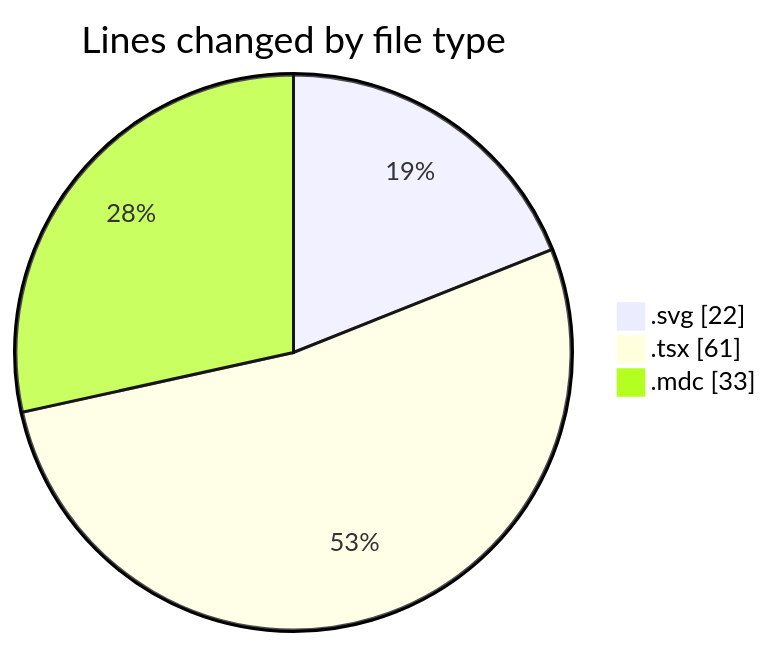
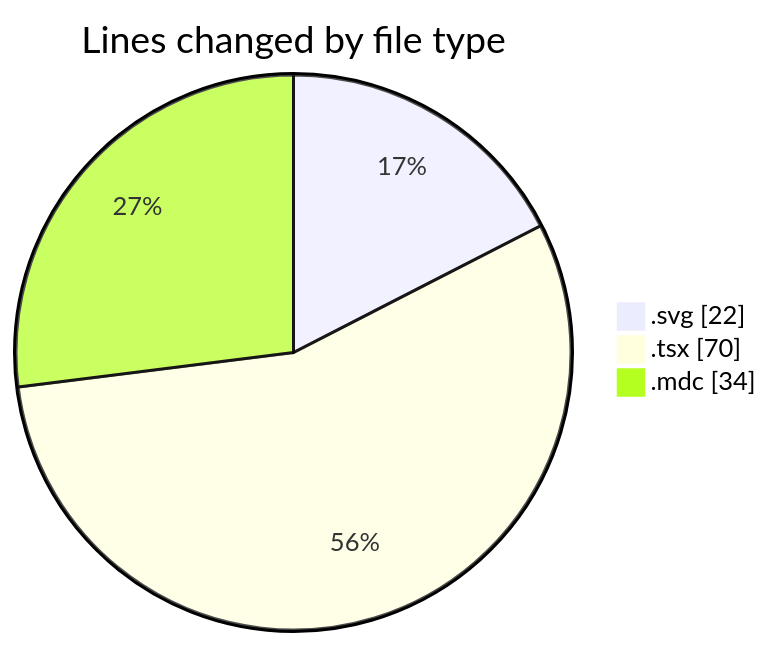
One commit to EIIisD/code-tracking changed the first of 2 diagrams in 2025-07-18/ribbon/README.md. Above: the diagram before and after it, drawn with Mermaid. The commit also changed other lines of this file and 1 other file, not shown here.

````diff
--- a/2025-07-18/ribbon/README.md
+++ b/2025-07-18/ribbon/README.md
@@ -22,7 +22,7 @@
 ```mermaid
 pie showData
 title Lines changed by file type
 ".svg" : 22
-".tsx" : 61
-".mdc" : 33
+".tsx" : 70
+".mdc" : 34
 ```
````
